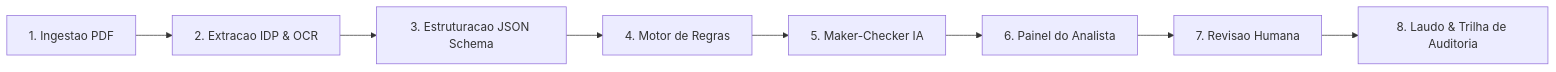
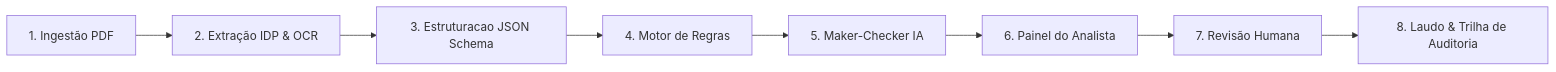
One commit to conformia-bndes/conformia-platform changed the diagram in docs/planning/project-plan.md. Above: the diagram before and after it, drawn with Mermaid. The commit also changed other lines of this file and 27 other files, not shown here.

````diff
--- a/docs/planning/project-plan.md
+++ b/docs/planning/project-plan.md
@@ -131,10 +137,10 @@
 ```mermaid
 flowchart LR
-    A["1. Ingestao PDF"] --> B["2. Extracao IDP & OCR"]
+    A["1. Ingestão PDF"] --> B["2. Extração IDP & OCR"]
     B --> C["3. Estruturacao JSON Schema"]
     C --> D["4. Motor de Regras"]
     D --> E["5. Maker-Checker IA"]
     E --> F["6. Painel do Analista"]
-    F --> G["7. Revisao Humana"]
+    F --> G["7. Revisão Humana"]
     G --> H["8. Laudo & Trilha de Auditoria"]
 ```
````
